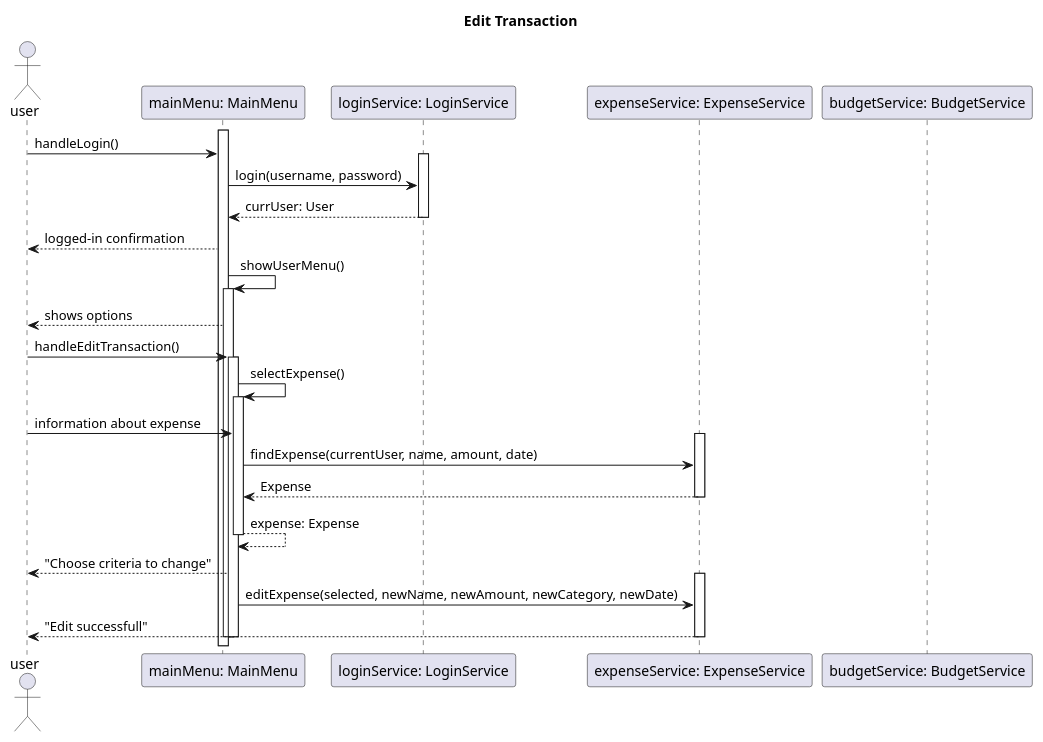
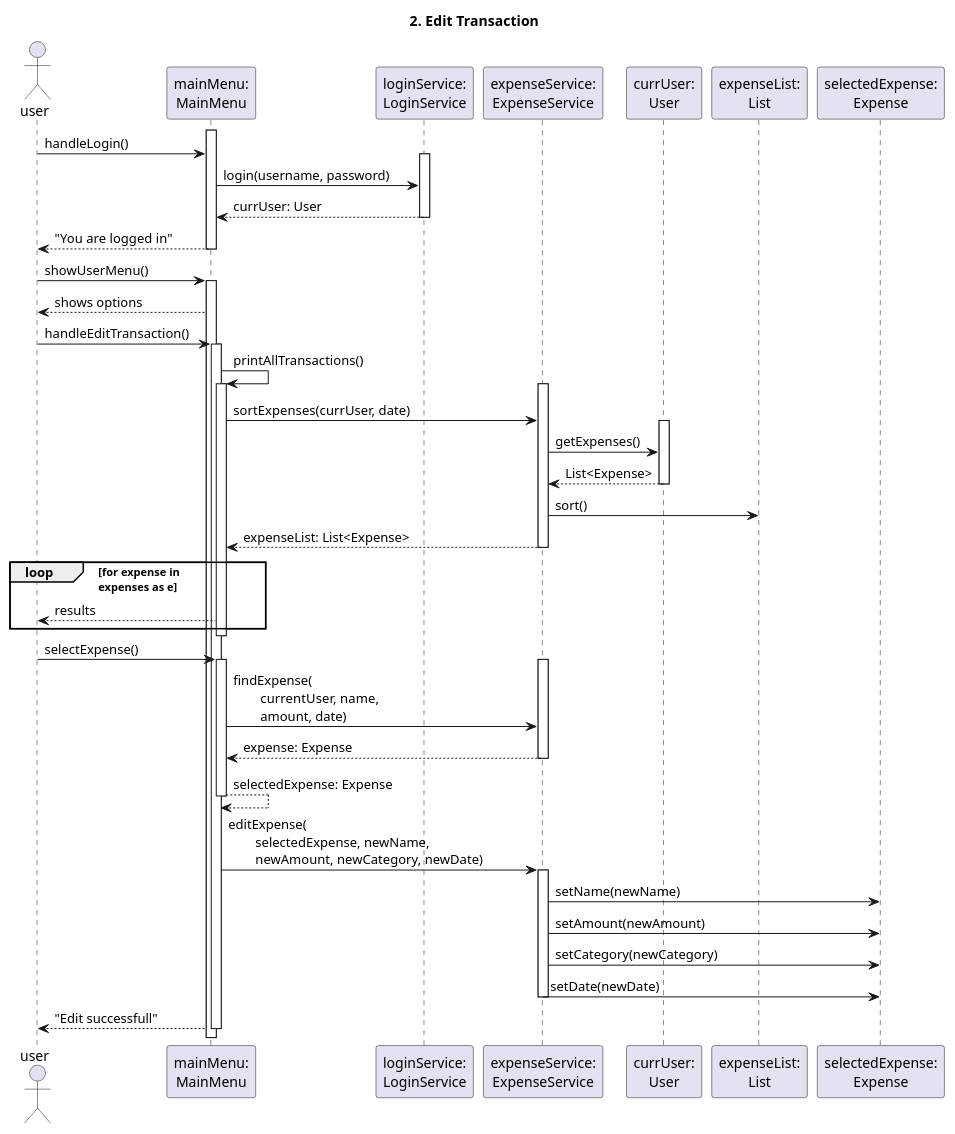
The diagram in UML/seq_editTrans.puml (subisksbn/OOP_final_financeTracker), drawn with PlantUML before and after one commit. The commit also changed 8 other files, not shown here.

Commit message:
Finished Sequence Diagrams for all Use Cases

```diff
--- a/UML/seq_editTrans.puml
+++ b/UML/seq_editTrans.puml
@@ -1,59 +1,83 @@
 @startuml
-title Edit Transaction
+title 2. Edit Transaction
 actor user
-participant "mainMenu: MainMenu" as mainMenu
-participant "loginService: LoginService" as loginService
+participant "mainMenu:\nMainMenu" as mainMenu
+participant "loginService:\nLoginService" as loginService
 
-participant "expenseService: ExpenseService" as expenseService
-participant "budgetService: BudgetService" as budgetService
+participant "expenseService:\nExpenseService" as expenseService
+participant "currUser:\nUser" as currUser
+participant "expenseList:\nList" as expenseList
+participant "selectedExpense:\nExpense" as selectedExpense
 
-' showMenu() -> handleLogin() -> login(user, pass) ->
-
+' FIRST login
 activate mainMenu
-    user -> mainMenu: handleLogin()
-    
+user -> mainMenu: handleLogin()
     activate loginService
         mainMenu -> loginService: login(username, password)
         loginService --> mainMenu: currUser: User
     deactivate loginService
-    mainMenu --> user: logged-in confirmation
+    mainMenu --> user: "You are logged in"
+deactivate mainMenu
+' now logged in, proceed'
 
-    
-    mainMenu -> mainMenu: showUserMenu()
-    'showUserMenu()
-    activate mainMenu
-        ' User chooses 2. Edit a transaction
-        mainMenu --> user: shows options
+'showUserMenu()
+user -> mainMenu: showUserMenu()
+activate mainMenu
+    ' User chooses 2. Edit a transaction
+    mainMenu --> user: shows options
         
-            user -> mainMenu: handleEditTransaction()
-            activate mainMenu
-                ' Enter information for a specific transaction, selectExpense()
-                mainMenu -> mainMenu: selectExpense()
-                    activate mainMenu 
-                    ' use enters information
-                    user -> mainMenu: information about expense
-                    ' expenseService finds an expense based on on info
-                    activate expenseService
-                        mainMenu -> expenseService: findExpense(currentUser, name, amount, date)
-                        expenseService --> mainMenu: Expense
-                    deactivate expenseService
-                    mainMenu --> mainMenu: expense: Expense
-                deactivate mainMenu 
-                ' end of menu: selectExpense()
+        user -> mainMenu: handleEditTransaction()
+        activate mainMenu
 
-                mainMenu --> user: "Choose criteria to change"
+            ' Show all current transactions
+            mainMenu -> mainMenu: printAllTransactions()
+            activate mainMenu 
 
-                ' expenseService edits
                 activate expenseService
-                    mainMenu -> expenseService: editExpense(selected, newName, newAmount, newCategory, newDate)
-                    expenseService --> user: "Edit successfull"
+                mainMenu -> expenseService: sortExpenses(currUser, date)
+                    activate currUser
+                        expenseService -> currUser: getExpenses()
+                        currUser --> expenseService: List<Expense>
+                    deactivate currUser
+                    expenseService -> expenseList: sort()
+
+                    expenseService --> mainMenu: expenseList: List<Expense>
                 deactivate expenseService
+                
+                'show all expenses
+                loop for expense in\nexpenses as e
+                    mainMenu --> user: results
+                end
+            deactivate mainMenu 
+            ' end of menu: printAllTransactions()
 
-            'deactivate handleEditTransaction()
+            ' Enter information for a specific transaction, selectExpense()
+            user -> mainMenu: selectExpense()
+            activate mainMenu 
+                ' expenseService finds an expense based on on info
+                activate expenseService
+                    mainMenu -> expenseService: findExpense(\n\tcurrentUser, name,\n\tamount, date)
+                    expenseService --> mainMenu: expense: Expense
+                deactivate expenseService
+                mainMenu --> mainMenu: selectedExpense: Expense
             deactivate mainMenu 
+            ' end of menu: selectExpense()
 
-    'deactivate showUserMenu()
-    deactivate mainMenu
+            ' expenseService edits
+            mainMenu -> expenseService: editExpense(\n\tselectedExpense, newName,\n\tnewAmount, newCategory, newDate)
+            activate expenseService
+                expenseService -> selectedExpense: setName(newName) 
+                expenseService -> selectedExpense: setAmount(newAmount)
+                expenseService -> selectedExpense: setCategory(newCategory)  
+                expenseService -> selectedExpense: setDate(newDate) 
+            deactivate expenseService
+
+            mainMenu --> user: "Edit successfull"
+        'deactivate handleEditTransaction()
+        deactivate mainMenu 
+
+'deactivate showUserMenu()
+'deactivate mainMenu
 
 'mainMenu: show()
 @enduml
```
